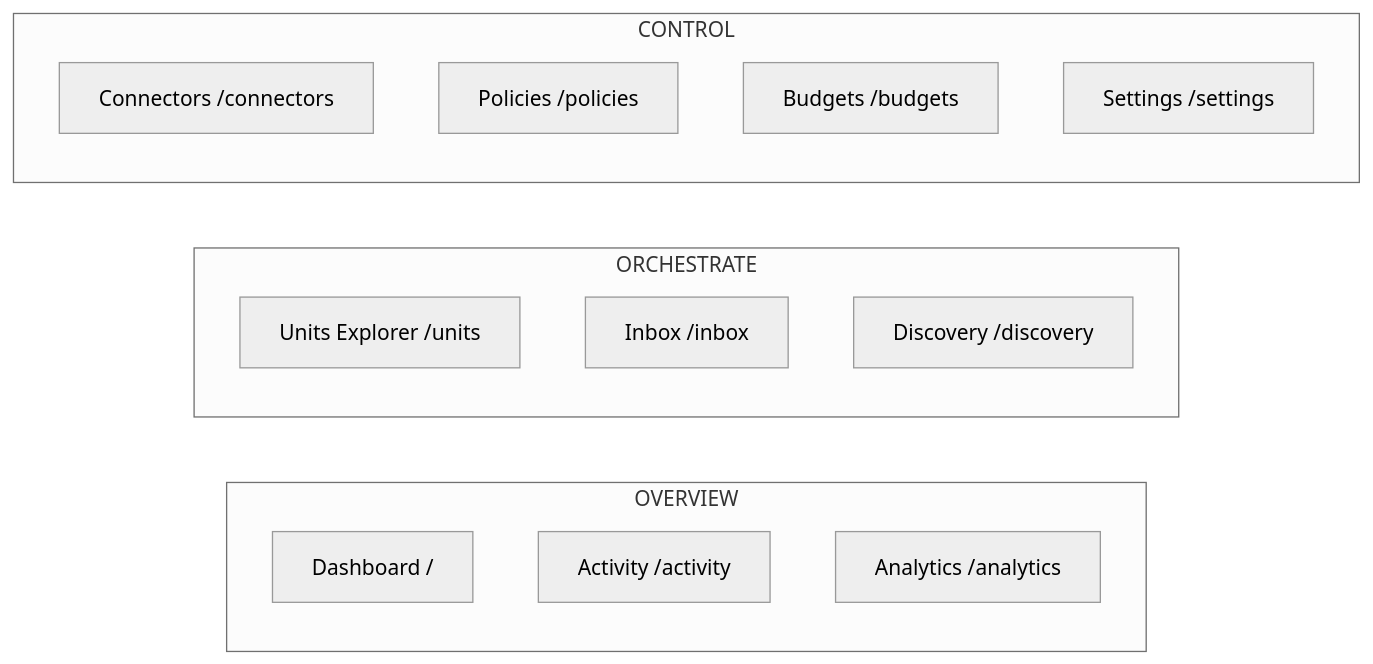
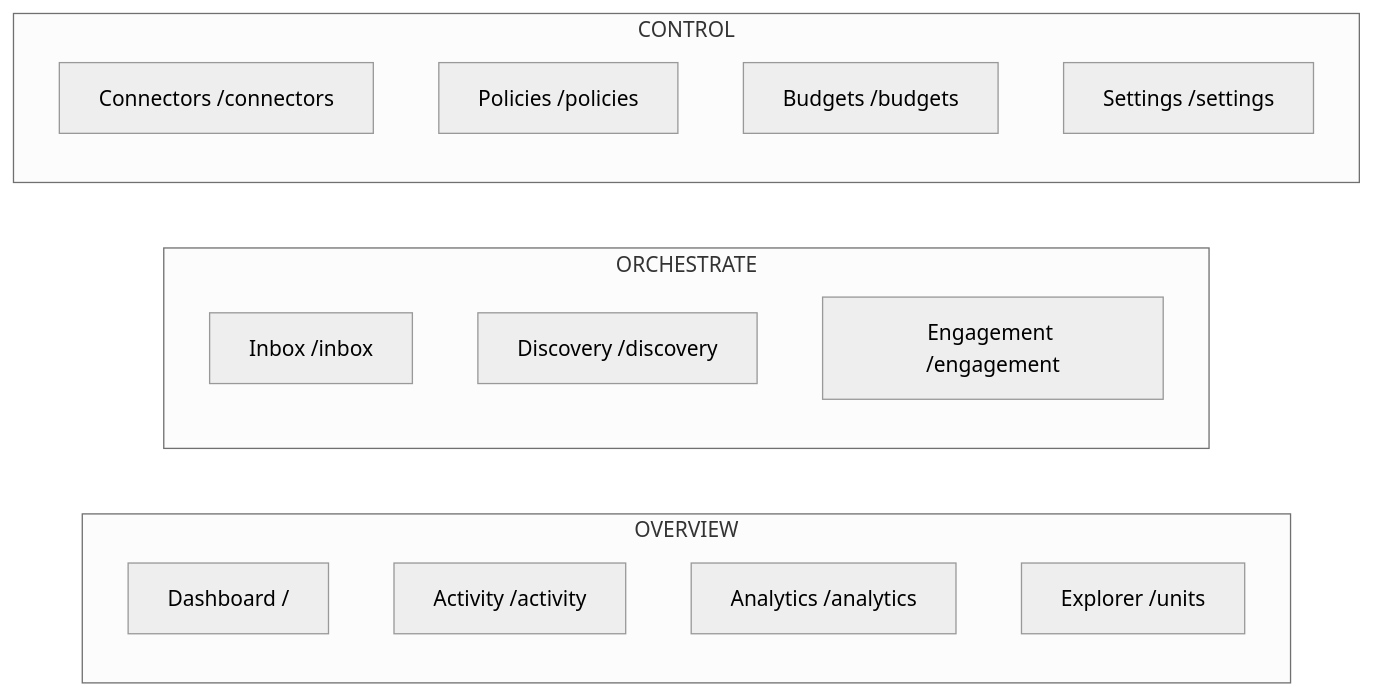
One commit to cvoya-com/spring-voyage changed the diagram in src/Cvoya.Spring.Web/DESIGN.md. Above: the diagram before and after it, drawn with Mermaid (neutral theme). The commit also changed other lines of this file and 2 other files, not shown here.

First line of the commit message:
feat(portal): move Explorer nav link from Orchestrate to Overview (#2512)

````diff
--- a/src/Cvoya.Spring.Web/DESIGN.md
+++ b/src/Cvoya.Spring.Web/DESIGN.md
@@ -188,19 +188,20 @@
 ```mermaid
 flowchart LR
   subgraph OVERVIEW
     Dashboard["Dashboard /"]
     Activity["Activity /activity"]
     Analytics["Analytics /analytics"]
+    Units["Explorer /units"]
   end
   subgraph ORCHESTRATE
-    Units["Units Explorer /units"]
     Inbox["Inbox /inbox"]
     Discovery["Discovery /discovery"]
+    Engagement["Engagement /engagement"]
   end
   subgraph CONTROL
     Connectors["Connectors /connectors"]
     Policies["Policies /policies"]
     Budgets["Budgets /budgets"]
     Settings["Settings /settings"]
   end
 ```
````
